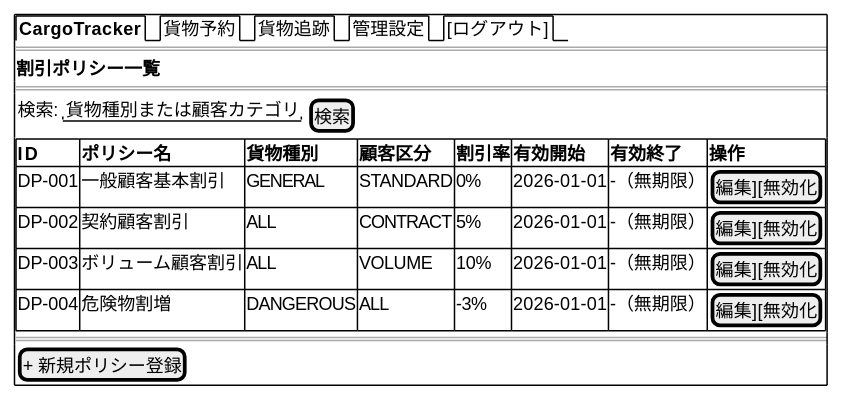
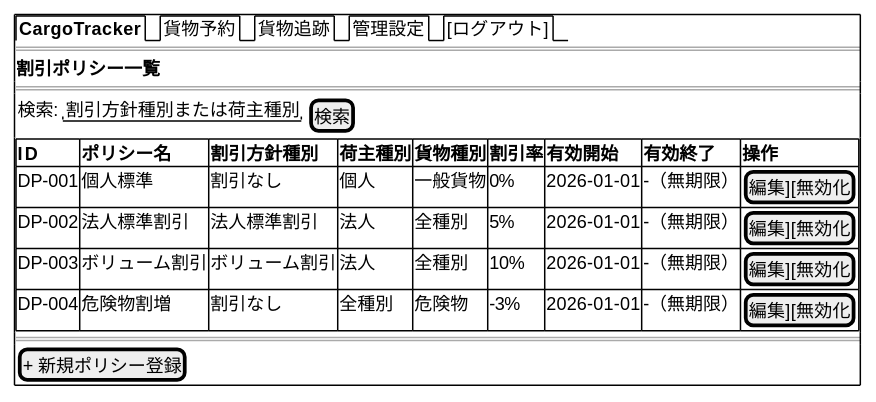
Diagram 21 of 23 in docs/design/ui_design.md (k2works/case-study-cargo-tracker), drawn with PlantUML before and after one commit. The commit also changed other lines of this file, not shown here.

````diff
--- a/docs/design/ui_design.md
+++ b/docs/design/ui_design.md
@@ -860,22 +1133,22 @@
 ```plantuml
 @startsalt
 {+
   {/ <b>CargoTracker</b> | 貨物予約 | 貨物追跡 | 管理設定 | [ログアウト] }
   ==
   <b>割引ポリシー一覧</b>
   ==
   {
-    検索: | "貨物種別または顧客カテゴリ  " | [検索]
+    検索: | "割引方針種別または荷主種別  " | [検索]
   }
   {#
-    **ID** | **ポリシー名** | **貨物種別** | **顧客区分** | **割引率** | **有効開始** | **有効終了** | **操作**
-    DP-001 | 一般顧客基本割引 | GENERAL | STANDARD | 0% | 2026-01-01 | -（無期限） | [編集][無効化]
-    DP-002 | 契約顧客割引 | ALL | CONTRACT | 5% | 2026-01-01 | -（無期限） | [編集][無効化]
-    DP-003 | ボリューム顧客割引 | ALL | VOLUME | 10% | 2026-01-01 | -（無期限） | [編集][無効化]
-    DP-004 | 危険物割増 | DANGEROUS | ALL | -3% | 2026-01-01 | -（無期限） | [編集][無効化]
+    **ID** | **ポリシー名** | **割引方針種別** | **荷主種別** | **貨物種別** | **割引率** | **有効開始** | **有効終了** | **操作**
+    DP-001 | 個人標準 | 割引なし | 個人 | 一般貨物 | 0% | 2026-01-01 | -（無期限） | [編集][無効化]
+    DP-002 | 法人標準割引 | 法人標準割引 | 法人 | 全種別 | 5% | 2026-01-01 | -（無期限） | [編集][無効化]
+    DP-003 | ボリューム割引 | ボリューム割引 | 法人 | 全種別 | 10% | 2026-01-01 | -（無期限） | [編集][無効化]
+    DP-004 | 危険物割増 | 割引なし | 全種別 | 危険物 | -3% | 2026-01-01 | -（無期限） | [編集][無効化]
   }
   ==
   [+ 新規ポリシー登録]
 }
 @endsalt
 ```
````
